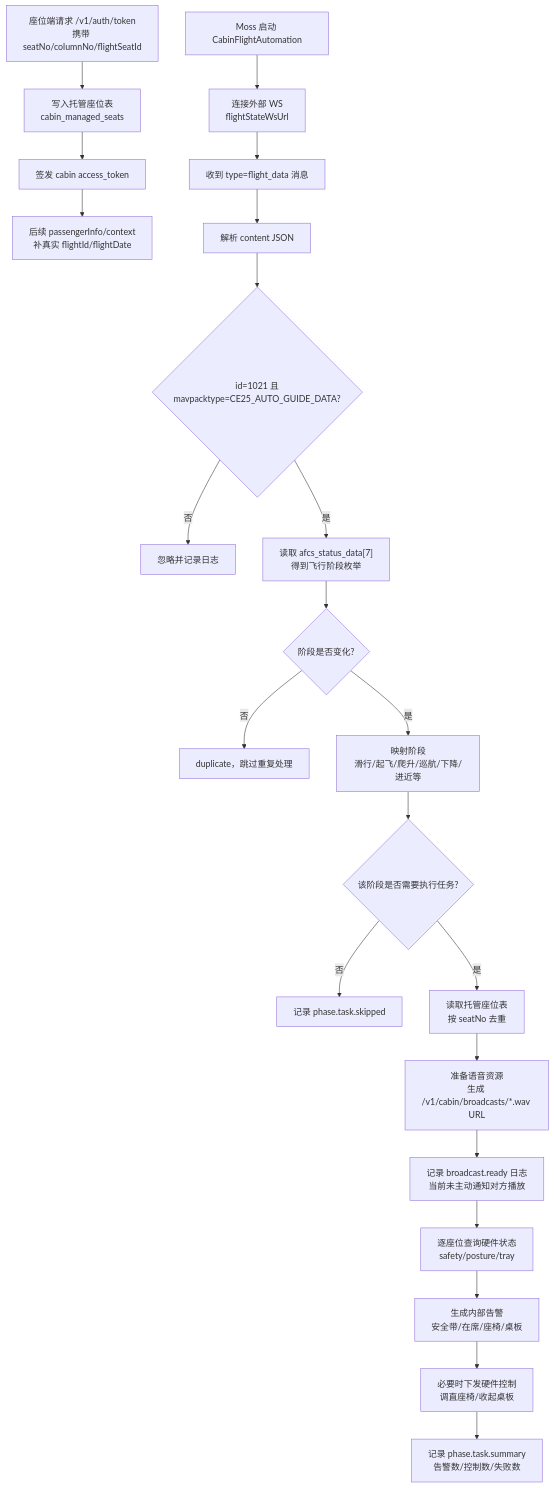
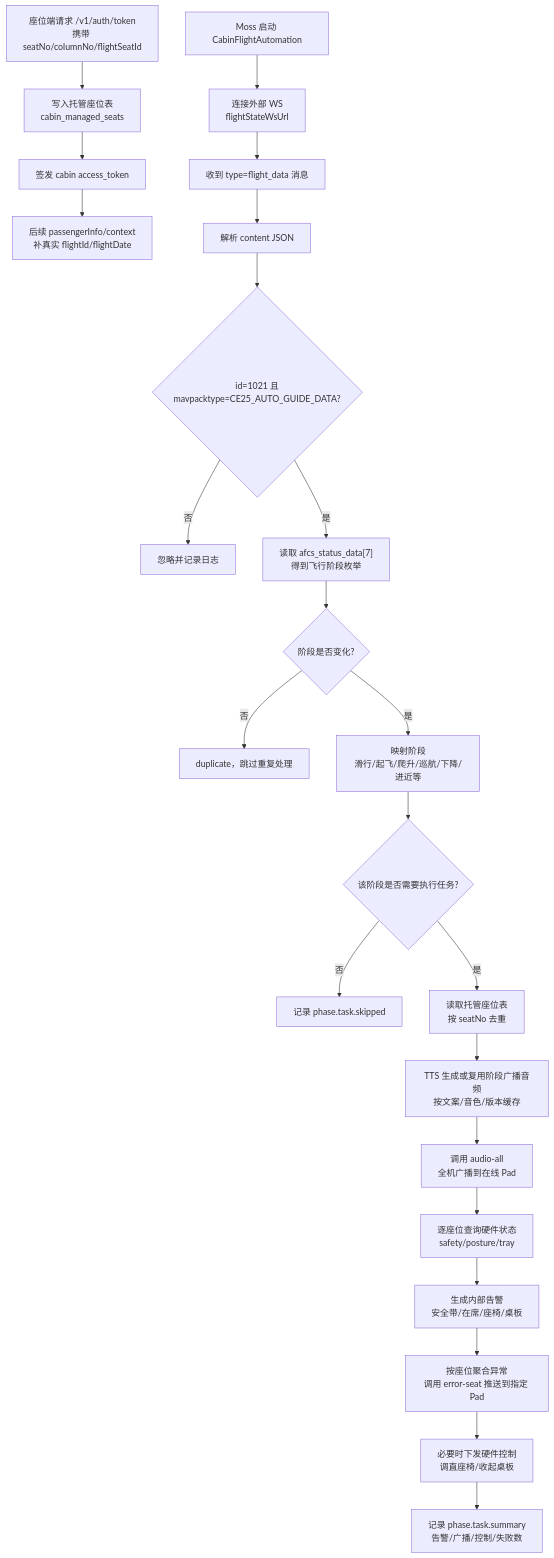
One commit to sudoprivacy/moss changed the diagram in docs/cabin_flight_automation_interface_status.md. Above: the diagram before and after it, drawn with Mermaid. The commit also changed other lines of this file and 17 other files, not shown here.

Commit message:
feat(cabin): add health reports and broadcast automation

````diff
--- a/docs/cabin_flight_automation_interface_status.md
+++ b/docs/cabin_flight_automation_interface_status.md
@@ -25,25 +28,26 @@
 ```mermaid
 flowchart TD
     A["座位端请求 /v1/auth/token<br/>携带 seatNo/columnNo/flightSeatId"] --> B["写入托管座位表<br/>cabin_managed_seats"]
     B --> C["签发 cabin access_token"]
     C --> D["后续 passengerInfo/context<br/>补真实 flightId/flightDate"]
 
     E["Moss 启动 CabinFlightAutomation"] --> F["连接外部 WS<br/>flightStateWsUrl"]
     F --> G["收到 type=flight_data 消息"]
     G --> H["解析 content JSON"]
     H --> I{"id=1021 且<br/>mavpacktype=CE25_AUTO_GUIDE_DATA?"}
     I -- "否" --> X["忽略并记录日志"]
     I -- "是" --> J["读取 afcs_status_data[7]<br/>得到飞行阶段枚举"]
     J --> K{"阶段是否变化?"}
     K -- "否" --> Y["duplicate，跳过重复处理"]
     K -- "是" --> L["映射阶段<br/>滑行/起飞/爬升/巡航/下降/进近等"]
     L --> M{"该阶段是否需要执行任务?"}
     M -- "否" --> Z["记录 phase.task.skipped"]
     M -- "是" --> N["读取托管座位表<br/>按 seatNo 去重"]
-    N --> O["准备语音资源<br/>生成 /v1/cabin/broadcasts/*.wav URL"]
-    O --> P["记录 broadcast.ready 日志<br/>当前未主动通知对方播放"]
+    N --> O["TTS 生成或复用阶段广播音频<br/>按文案/音色/版本缓存"]
+    O --> P["调用 audio-all<br/>全机广播到在线 Pad"]
     P --> Q["逐座位查询硬件状态<br/>safety/posture/tray"]
     Q --> R["生成内部告警<br/>安全带/在席/座椅/桌板"]
-    R --> S["必要时下发硬件控制<br/>调直座椅/收起桌板"]
-    S --> T["记录 phase.task.summary<br/>告警数/控制数/失败数"]
+    R --> U["按座位聚合异常<br/>调用 error-seat 推送到指定 Pad"]
+    U --> S["必要时下发硬件控制<br/>调直座椅/收起桌板"]
+    S --> T["记录 phase.task.summary<br/>告警/广播/控制/失败数"]
 ```
````
